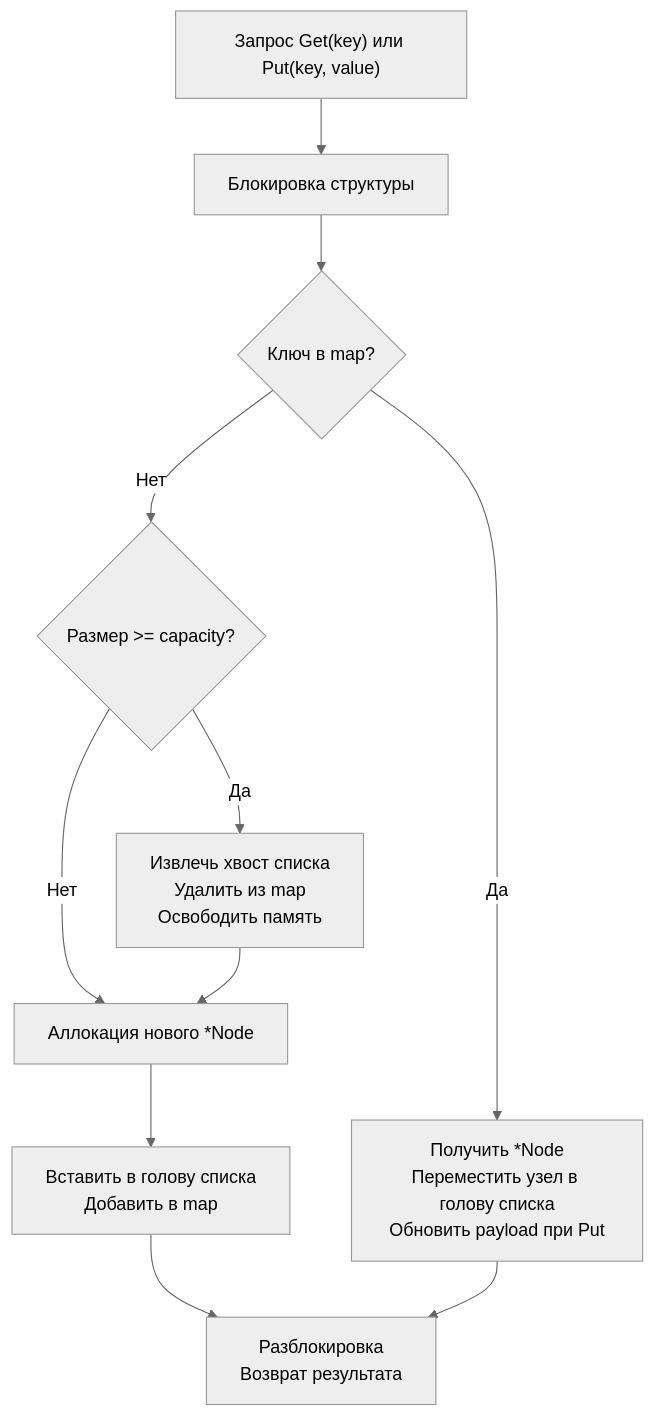
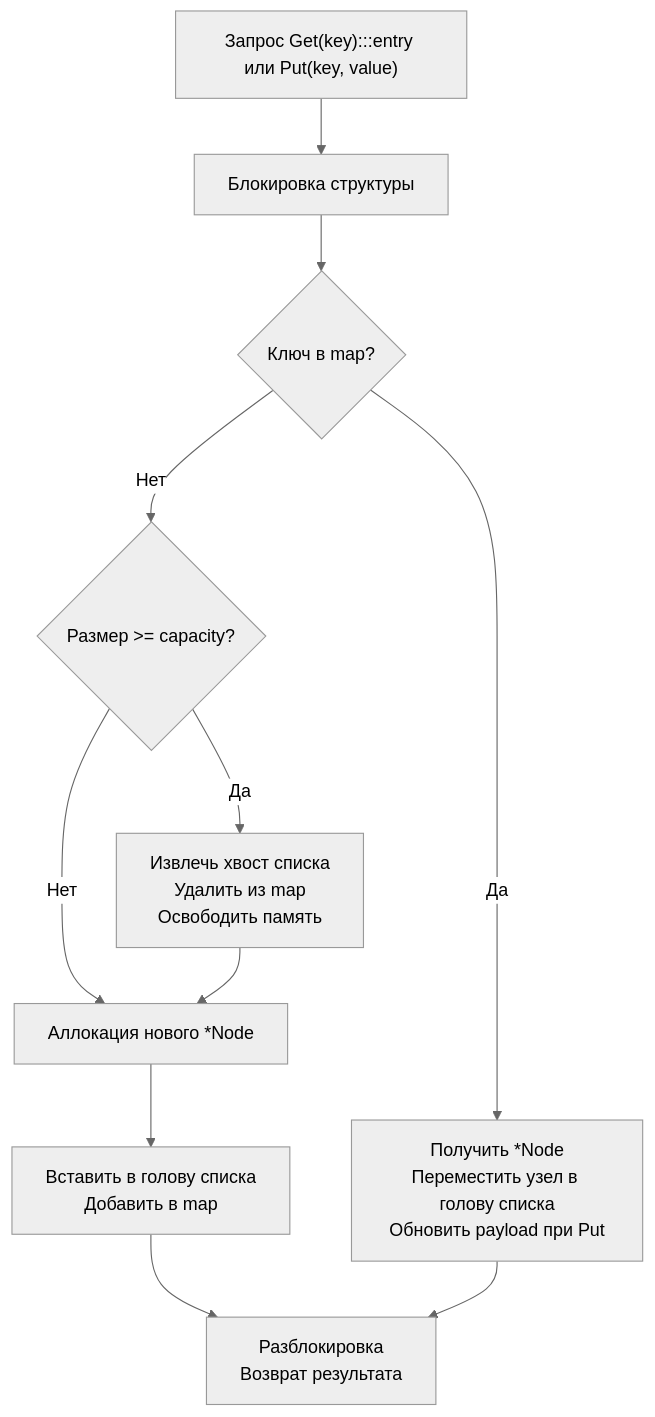
One commit to UnrealTemplier/go-textbook changed the first of 2 diagrams in sources/21. Задачи с LeetCode и собеседований на Go/02. Задачи/26. Design задачи и структуры данных/3. LRU Cache.md. Above: the diagram before and after it, drawn with Mermaid (neutral theme). The commit also changed other lines of this file and 1666 other files, not shown here.

First line of the commit message:
feat(mermaid): add semantic color classDef to 1369 colorless flowchart/graph diagrams

````diff
--- a/sources/21. Задачи с LeetCode и собеседований на Go/02. Задачи/26. Design задачи и структуры данных/3. LRU Cache.md
+++ b/sources/21. Задачи с LeetCode и собеседований на Go/02. Задачи/26. Design задачи и структуры данных/3. LRU Cache.md
@@ -5,13 +5,23 @@
 ```mermaid
 flowchart TD
-  A["Запрос Get(key) или Put(key, value)"] --> B["Блокировка структуры"]
+    classDef process  fill:#1e293b,stroke:#38bdf8,stroke-width:1px,color:#f8fafc
+    classDef success  fill:#064e3b,stroke:#34d399,stroke-width:1px,color:#f8fafc
+    classDef error    fill:#7f1d1d,stroke:#f87171,stroke-width:1px,color:#f8fafc
+    classDef warning  fill:#78350f,stroke:#fbbf24,stroke-width:1px,color:#f8fafc
+    classDef entry    fill:#1e3a5f,stroke:#38bdf8,stroke-width:2px,color:#f8fafc
+    classDef aux      fill:#334155,stroke:#64748b,stroke-width:1px,color:#f8fafc
+    classDef system   fill:#312e81,stroke:#a78bfa,stroke-width:1px,color:#f8fafc
+    classDef data     fill:#132d29,stroke:#2dd4bf,stroke-width:1px,color:#f8fafc
+    classDef network  fill:#881337,stroke:#fb7185,stroke-width:1px,color:#f8fafc
+    classDef accent   fill:#1e1b4b,stroke:#818cf8,stroke-width:1px,color:#f8fafc
+  A["Запрос Get(key):::entry или Put(key, value)"] --> B["Блокировка структуры"]
   B --> C{"Ключ в map?"}
   C -->|Да| D["Получить *Node<br>Переместить узел в голову списка<br>Обновить payload при Put"]
   C -->|Нет| E{"Размер >= capacity?"}
   E -->|Да| F["Извлечь хвост списка<br>Удалить из map<br>Освободить память"]
   E -->|Нет| G["Аллокация нового *Node"]
   F --> G
   G --> H["Вставить в голову списка<br>Добавить в map"]
   H --> I["Разблокировка<br>Возврат результата"]
   D --> I
 ```
````
